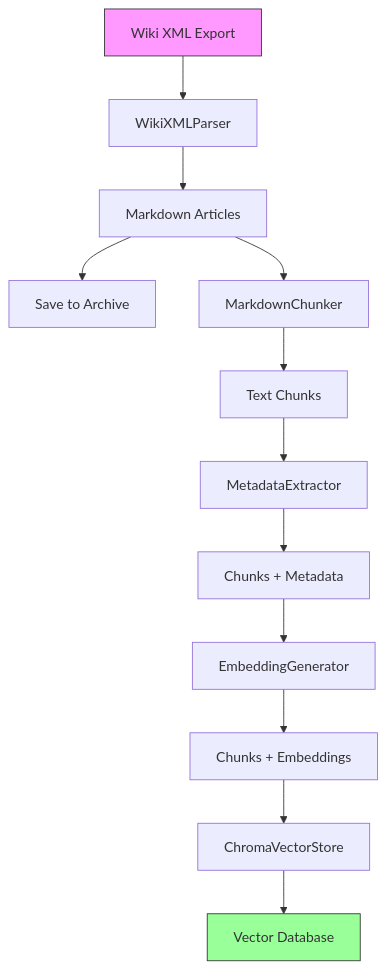
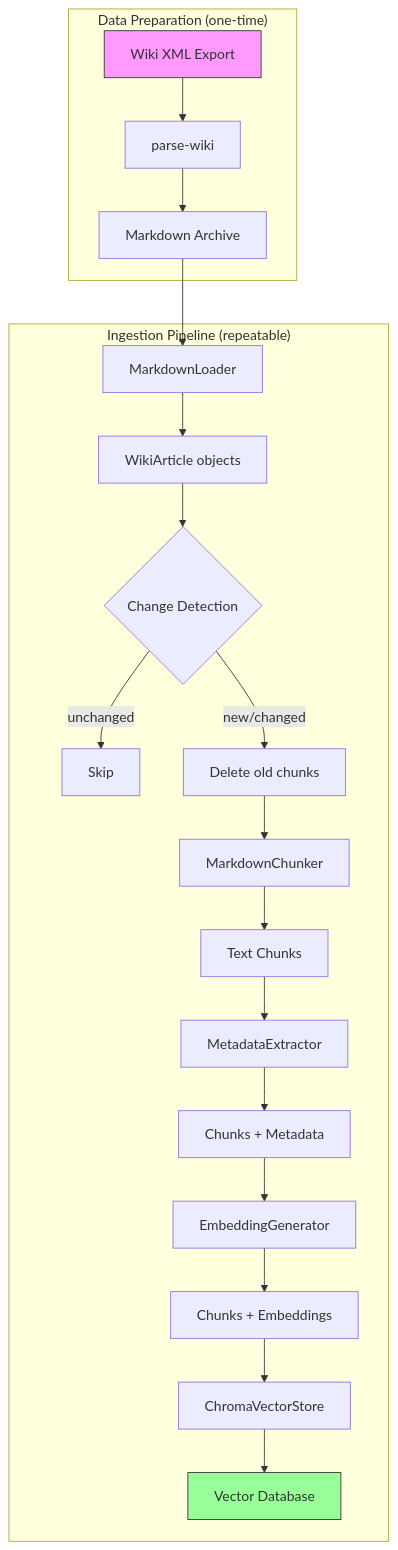
One commit to madarasz/wh40k-lore-bot changed the diagram in docs/stories/1.12.ingestion-documentation.md. Above: the diagram before and after it, drawn with Mermaid. The commit also changed other lines of this file and 25 other files, not shown here.

````diff
--- a/docs/stories/1.12.ingestion-documentation.md
+++ b/docs/stories/1.12.ingestion-documentation.md
@@ -181,17 +192,26 @@
 ```mermaid
 graph TD
-    A[Wiki XML Export] --> B[WikiXMLParser]
-    B --> C[Markdown Articles]
-    C --> D[Save to Archive]
-    C --> E[MarkdownChunker]
-    E --> F[Text Chunks]
-    F --> G[MetadataExtractor]
-    G --> H[Chunks + Metadata]
-    H --> I[EmbeddingGenerator]
-    I --> J[Chunks + Embeddings]
-    J --> K[ChromaVectorStore]
-    K --> L[Vector Database]
+    subgraph "Data Preparation (one-time)"
+        A[Wiki XML Export] --> B[parse-wiki]
+        B --> C[Markdown Archive]
+    end
+
+    subgraph "Ingestion Pipeline (repeatable)"
+        C --> D[MarkdownLoader]
+        D --> E[WikiArticle objects]
+        E --> F{Change Detection}
+        F -->|unchanged| G[Skip]
+        F -->|new/changed| H[Delete old chunks]
+        H --> I[MarkdownChunker]
+        I --> J[Text Chunks]
+        J --> K[MetadataExtractor]
+        K --> L[Chunks + Metadata]
+        L --> M[EmbeddingGenerator]
+        M --> N[Chunks + Embeddings]
+        N --> O[ChromaVectorStore]
+        O --> P[Vector Database]
+    end
 
     style A fill:#f9f,stroke:#333
-    style L fill:#9f9,stroke:#333
+    style P fill:#9f9,stroke:#333
 ```
````
